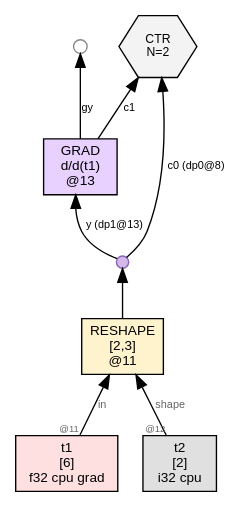
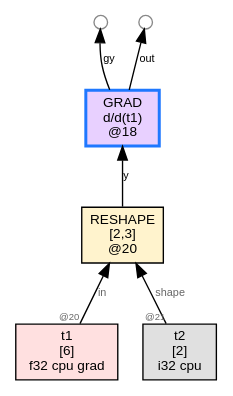
The diagram in wl/examples/thvm_graphs/grad_rules/reshape/thvm_0_pre_reduce.dot (sw1sh/TinyHVM), drawn with Graphviz before and after one commit. The commit also changed 309 other files, not shown here.

First line of the commit message:
grad: GRAD_MODE_PAIR emits CTR{forward, backward}; step trace skips FUSE

```diff
--- a/wl/examples/thvm_graphs/grad_rules/reshape/thvm_0_pre_reduce.dot
+++ b/wl/examples/thvm_graphs/grad_rules/reshape/thvm_0_pre_reduce.dot
@@ -1,20 +1,17 @@
 digraph G {
   rankdir=BT;
   node [fontname="Helvetica", fontsize=10, style=filled, shape=box, margin="0.1,0.05"];
   edge [fontsize=8, fontname="Helvetica"];
 
-  n13 [label="GRAD\nd/d(t1)\n@13", shape=box, fillcolor="#e8d0ff"];
-  dup10 [label="", shape=circle, width=0.12, height=0.12, fixedsize=true, fillcolor="#d4b8e8", color="#8a63b7", fontsize=1];
-  n11 -> dup10;
-  dup10 -> n13 [label="y (dp1@13)"];
-  free13_1 [label="",shape=circle,width=0.14,height=0.14,fixedsize=true,fillcolor="#ffffff",color="#888888",fontsize=1];
-  n13 -> free13_1 [label="gy"];
-  n11 [label="RESHAPE\n[2,3]\n@11", shape=box, fillcolor="#fff3cd"];
+  n20 [label="RESHAPE\n[2,3]\n@20", shape=box, fillcolor="#fff3cd"];
   t1 [label="t1\n[6]\nf32 cpu grad",shape=box,fillcolor="#ffe0e0"];
-  t1 -> n11 [label="in",taillabel="@11",labelfontsize=7,fontcolor="#666666"];
+  t1 -> n20 [label="in",taillabel="@20",labelfontsize=7,fontcolor="#666666"];
   t2 [label="t2\n[2]\ni32 cpu",shape=box,fillcolor="#e0e0e0"];
-  t2 -> n11 [label="shape",taillabel="@12",labelfontsize=7,fontcolor="#666666"];
-  ctr8 [label="CTR\nN=2", shape=hexagon, fillcolor="#f3f3f3", fontsize=9];
-  dup10 -> ctr8 [label="c0 (dp0@8)"];
-  n13 -> ctr8 [label="c1"];
+  t2 -> n20 [label="shape",taillabel="@21",labelfontsize=7,fontcolor="#666666"];
+  n18 [label="GRAD\nd/d(t1)\n@18", shape=box, fillcolor="#e8d0ff",color="#1f78ff",penwidth=2.2];
+  n20 -> n18 [label="y"];
+  free18_1 [label="",shape=circle,width=0.14,height=0.14,fixedsize=true,fillcolor="#ffffff",color="#888888",fontsize=1];
+  n18 -> free18_1 [label="gy"];
+  free18_1000 [label="",shape=circle,width=0.14,height=0.14,fixedsize=true,fillcolor="#ffffff",color="#888888",fontsize=1];
+  n18 -> free18_1000 [label="out"];
 }
```
